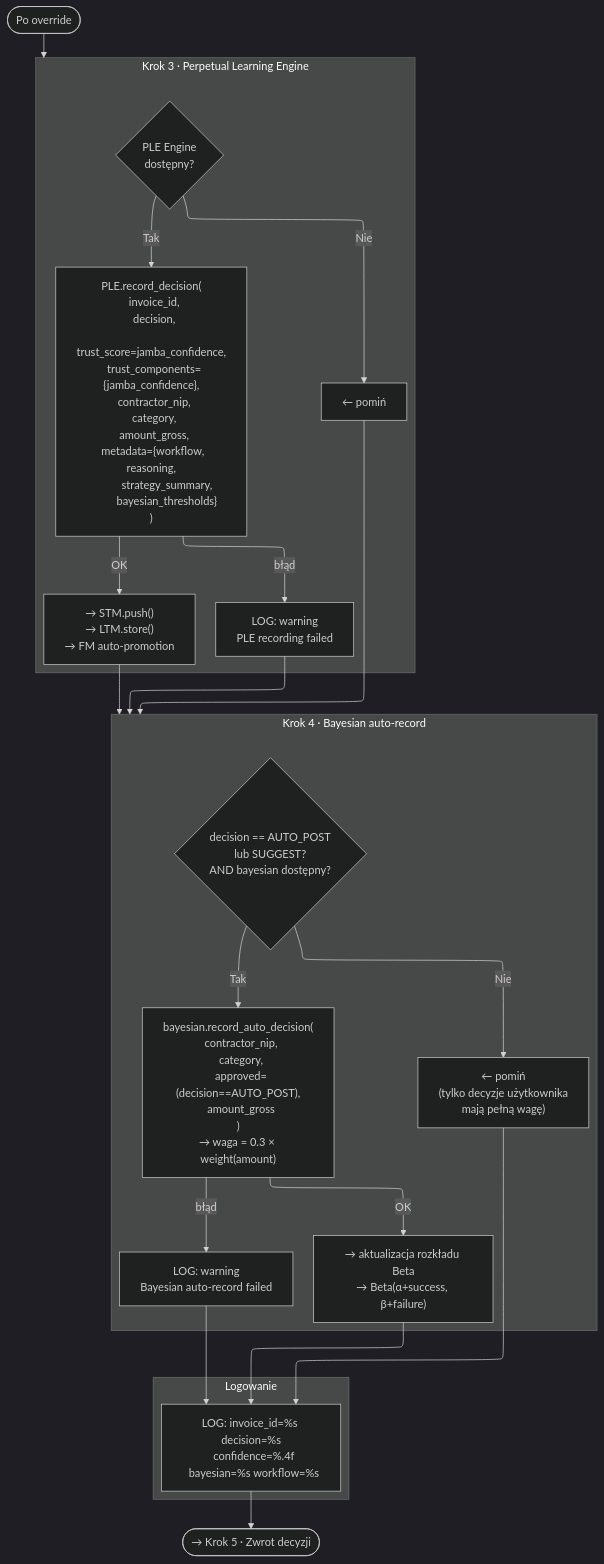
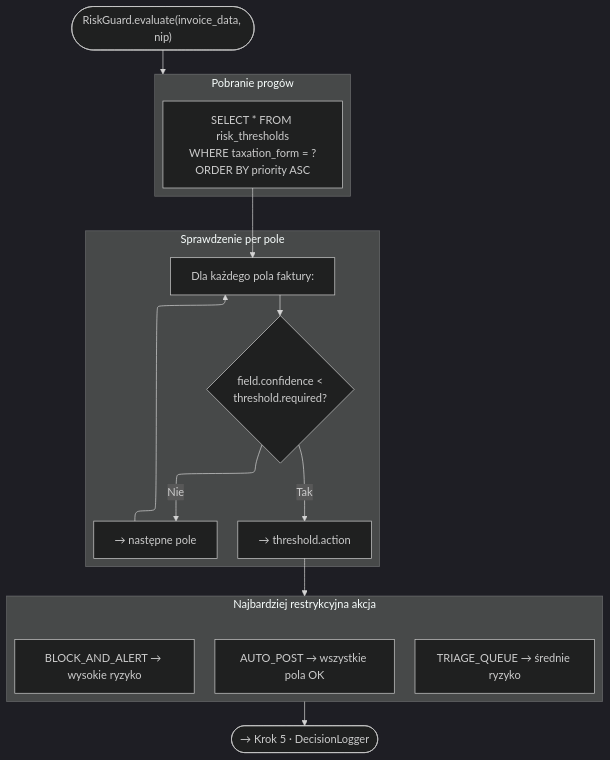
One commit to Gorski-Maciej/NexusAI changed the fourth of 7 diagrams in docs/DECISION_FLOW.md. Above: the diagram before and after it, drawn with Mermaid. The commit also changed other lines of this file and 74 other files, not shown here.

````diff
--- a/docs/DECISION_FLOW.md
+++ b/docs/DECISION_FLOW.md
@@ -350,34 +211,28 @@
 ```mermaid
 %%{init: {"flowchart": {"defaultRenderer": "elk"}, "theme": "dark"}}%%
 flowchart TB
-    START(["Po override"])
-    START --> K3
+    START(["RiskGuard.evaluate(invoice_data, nip)"])
+    START --> RULES
 
-    subgraph K3["Krok 3 · Perpetual Learning Engine"]
-        COND1{PLE Engine\ndostępny?}
-        COND1 -->|"Tak"| REC["PLE.record_decision(\n  invoice_id,\n  decision,\n  trust_score=jamba_confidence,\n  trust_components={jamba_confidence},\n  contractor_nip,\n  category,\n  amount_gross,\n  metadata={workflow, reasoning,\n           strategy_summary,\n           bayesian_thresholds}\n)"]
-        REC -->|"błąd"| WARN1["LOG: warning\nPLE recording failed"]
-        REC -->|"OK"| PLEOK["→ STM.push()\n→ LTM.store()\n→ FM auto-promotion"]
-        COND1 -->|"Nie"| SKIP1["← pomiń"]
+    subgraph RULES["Pobranie progów"]
+        R1["SELECT * FROM risk_thresholds\nWHERE taxation_form = ?\nORDER BY priority ASC"]
     end
 
-    subgraph K4["Krok 4 · Bayesian auto-record"]
-        COND2{decision == AUTO_POST\nlub SUGGEST?\nAND bayesian dostępny?}
-        COND2 -->|"Tak"| BR["bayesian.record_auto_decision(\n  contractor_nip,\n  category,\n  approved=(decision==AUTO_POST),\n  amount_gross\n)\n→ waga = 0.3 × weight(amount)"]
-        BR -->|"błąd"| WARN2["LOG: warning\nBayesian auto-record failed"]
-        BR -->|"OK"| BOK["→ aktualizacja rozkładu Beta\n→ Beta(α+success, β+failure)"]
-        COND2 -->|"Nie"| SKIP2["← pomiń\n(tylko decyzje użytkownika\nmają pełną wagę)"]
+    subgraph CHECK["Sprawdzenie per pole"]
+        direction TB
+        R1 --> F1["Dla każdego pola faktury:"]
+        F1 --> F2{"field.confidence <\nthreshold.required?"}
+        F2 -->|"Tak"| F3["→ threshold.action"]
+        F2 -->|"Nie"| F4["→ następne pole"]
+        F4 --> F1
     end
 
-    subgraph Logging["Logowanie"]
-        L1["LOG: invoice_id=%s decision=%s\n  confidence=%.4f\n  bayesian=%s workflow=%s"]
+    subgraph ACTION["Najbardziej restrykcyjna akcja"]
+        A1["AUTO_POST → wszystkie pola OK"]
+        A2["TRIAGE_QUEUE → średnie ryzyko"]
+        A3["BLOCK_AND_ALERT → wysokie ryzyko"]
     end
 
-    PLEOK --> K4
-    SKIP1 --> K4
-    BOK --> L1
-    SKIP2 --> L1
-    WARN1 --> K4
-    WARN2 --> L1
-    L1 --> NEXT(["→ Krok 5 · Zwrot decyzji"])
+    F3 --> ACTION
+    ACTION --> END(["→ Krok 5 · DecisionLogger"])
 ```
````
